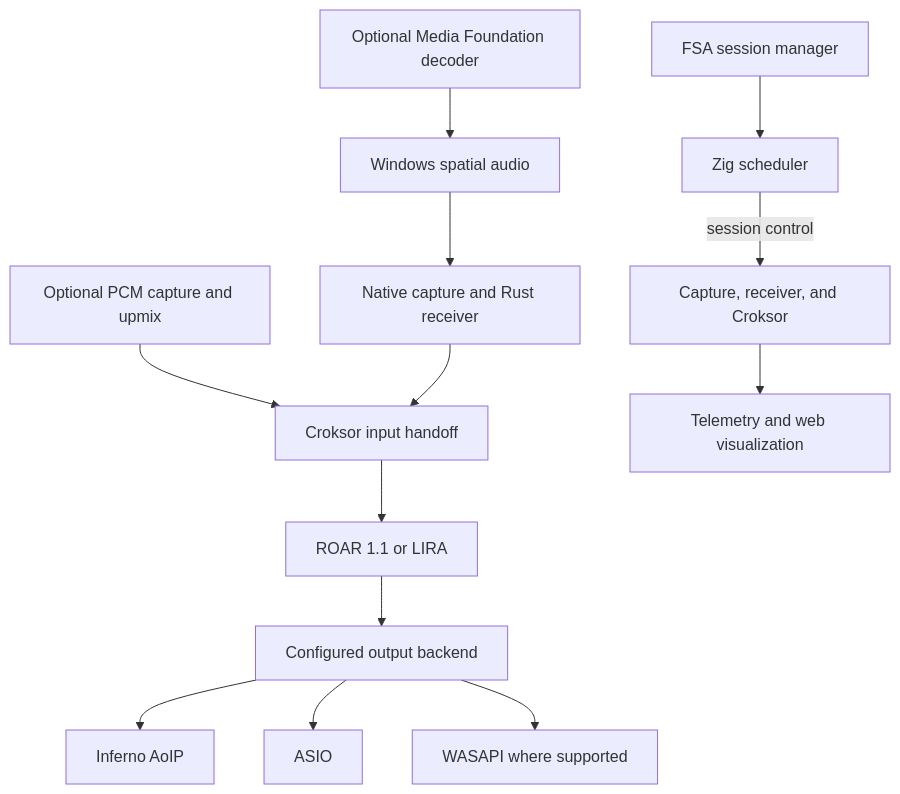
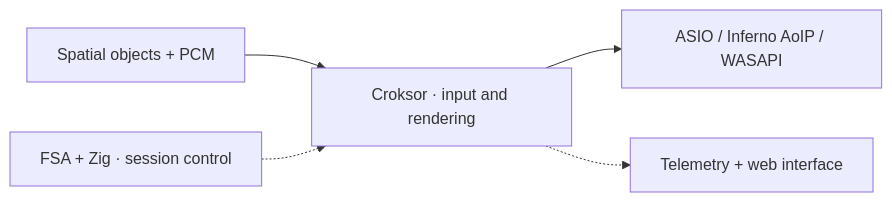
One commit to BestGreed/NativeSpatialPipe changed the diagram in README.md. Above: the diagram before and after it, drawn with Mermaid. The commit also changed other lines of this file and 3 other files, not shown here.

Commit message:
Refresh bilingual README with recorded spatial visualization [skip ci]

````diff
--- a/README.md
+++ b/README.md
@@ -19,15 +56,7 @@
 ```mermaid
-flowchart TD
-    FSA["FSA session manager"] --> Zig["Zig scheduler"]
-    Zig -->|"session control"| Runtime["Capture, receiver, and Croksor"]
-    Spatial["Windows spatial audio"] --> Capture["Native capture and Rust receiver"]
-    Media["Optional Media Foundation decoder"] --> Spatial
-    PCM["Optional PCM capture and upmix"] --> Mix["Croksor input handoff"]
-    Capture --> Mix
-    Mix --> Render["ROAR 1.1 or LIRA"]
-    Render --> Output["Configured output backend"]
-    Output --> AoIP["Inferno AoIP"]
-    Output --> ASIO["ASIO"]
-    Output --> WASAPI["WASAPI where supported"]
-    Runtime --> Telemetry["Telemetry and web visualization"]
+flowchart LR
+    Input["Spatial objects + PCM"] --> Croksor["Croksor · input and rendering"]
+    Croksor --> Output["ASIO / Inferno AoIP / WASAPI"]
+    FSA["FSA + Zig · session control"] -.-> Croksor
+    Croksor -.-> Web["Telemetry + web interface"]
 ```
````
